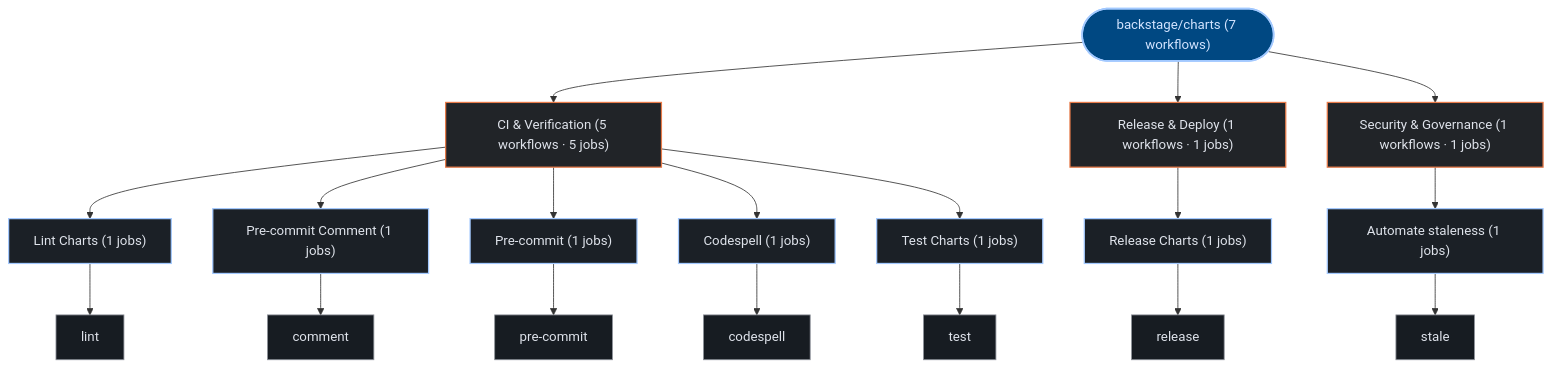
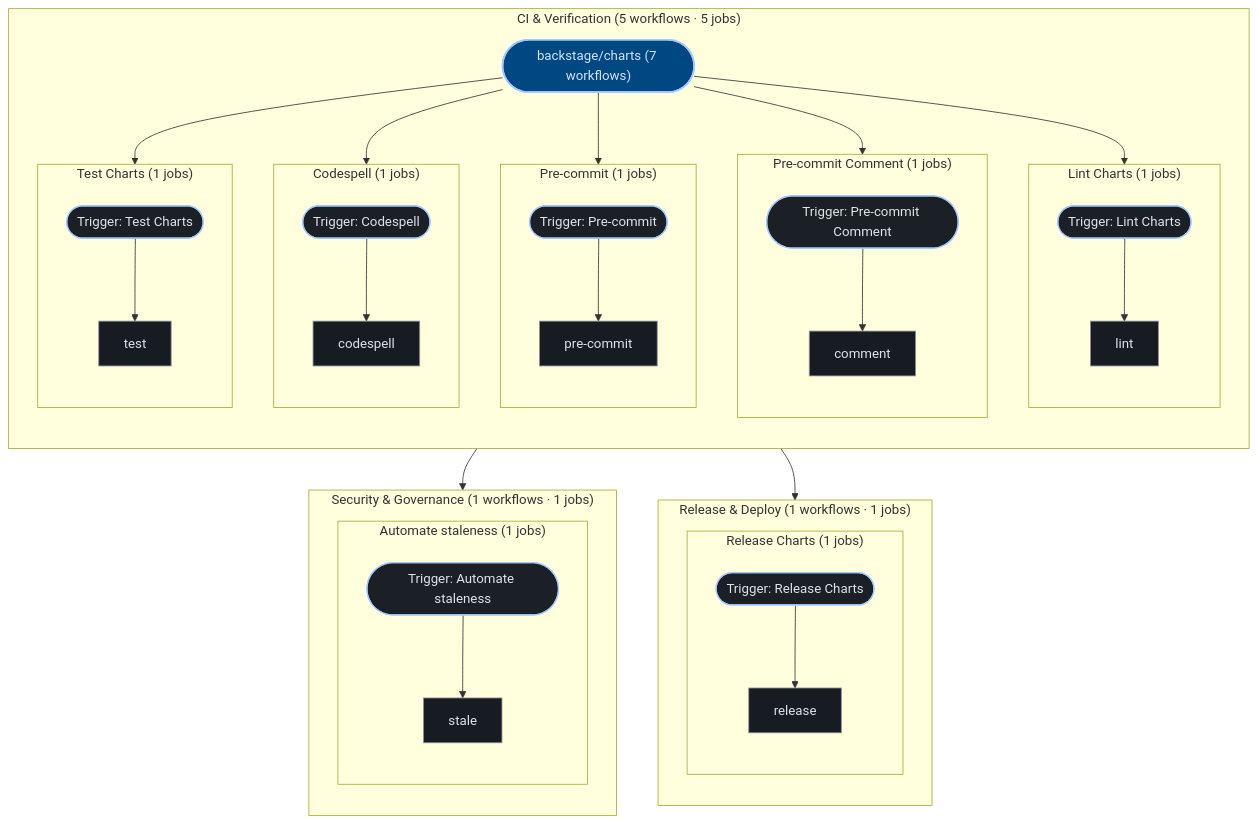
Before and after one commit to kumarshaz/atruss-code-atlas: the third of 3 diagrams in exports/latest/reports/backstage-charts-report.md, drawn with Mermaid. The commit also changed 181 other files, not shown here.

````diff
--- a/exports/latest/reports/backstage-charts-report.md
+++ b/exports/latest/reports/backstage-charts-report.md
@@ -183,45 +183,69 @@
 ```mermaid
 graph TD;
   classDef atlasRoot fill:#004882,stroke:#a3c9ff,stroke-width:2px,color:#d3e4ff
   classDef atlasCategory fill:#212428,stroke:#E87A48,stroke-width:1.5px,color:#dfe3eb
   classDef atlasWorkflow fill:#1b2026,stroke:#a3c9ff,stroke-width:1.5px,color:#dfe3eb
   classDef atlasJob fill:#171c22,stroke:#8d9199,stroke-width:1px,color:#dfe3eb
   classDef atlasTarget fill:#005227,stroke:#8bd99b,stroke-width:1.5px,color:#a7f6b6
   classDef atlasAlert fill:#93000a,stroke:#ffb4ab,stroke-width:1.5px,color:#ffdad6
   classDef atlasMore fill:#252a31,stroke:#8d9199,stroke-dasharray:4 4,color:#c3c6cf
   pipeline_root(["backstage/charts (7 workflows)"]):::atlasRoot
-  grp_0_CI___Verification["CI & Verification (5 workflows · 5 jobs)"]:::atlasCategory
-  pipeline_root --> grp_0_CI___Verification
-  wf_1_Lint_Charts["Lint Charts (1 jobs)"]:::atlasWorkflow
-  grp_0_CI___Verification --> wf_1_Lint_Charts
-  job_1_lint["lint"]:::atlasJob
-  wf_1_Lint_Charts --> job_1_lint
-  wf_2_Pre_commit_Comment["Pre-commit Comment (1 jobs)"]:::atlasWorkflow
-  grp_0_CI___Verification --> wf_2_Pre_commit_Comment
-  job_2_comment["comment"]:::atlasJob
-  wf_2_Pre_commit_Comment --> job_2_comment
-  wf_3_Pre_commit["Pre-commit (1 jobs)"]:::atlasWorkflow
-  grp_0_CI___Verification --> wf_3_Pre_commit
-  job_3_pre_commit["pre-commit"]:::atlasJob
-  wf_3_Pre_commit --> job_3_pre_commit
-  wf_5_Codespell["Codespell (1 jobs)"]:::atlasWorkflow
-  grp_0_CI___Verification --> wf_5_Codespell
-  job_5_codespell["codespell"]:::atlasJob
-  wf_5_Codespell --> job_5_codespell
-  wf_6_Test_Charts["Test Charts (1 jobs)"]:::atlasWorkflow
-  grp_0_CI___Verification --> wf_6_Test_Charts
-  job_6_test["test"]:::atlasJob
-  wf_6_Test_Charts --> job_6_test
-  grp_1_Release___Deploy["Release & Deploy (1 workflows · 1 jobs)"]:::atlasCategory
-  pipeline_root --> grp_1_Release___Deploy
-  wf_4_Release_Charts["Release Charts (1 jobs)"]:::atlasWorkflow
-  grp_1_Release___Deploy --> wf_4_Release_Charts
-  job_4_release["release"]:::atlasJob
-  wf_4_Release_Charts --> job_4_release
-  grp_2_Security___Governance["Security & Governance (1 workflows · 1 jobs)"]:::atlasCategory
-  pipeline_root --> grp_2_Security___Governance
-  wf_0_Automate_staleness["Automate staleness (1 jobs)"]:::atlasWorkflow
-  grp_2_Security___Governance --> wf_0_Automate_staleness
-  job_0_stale["stale"]:::atlasJob
-  wf_0_Automate_staleness --> job_0_stale
+  subgraph sg_grp_0_CI___Verification["CI & Verification (5 workflows · 5 jobs)"]
+    direction TB
+    subgraph sg_wf_1_Lint_Charts["Lint Charts (1 jobs)"]
+      direction TB
+      wf_1_Lint_Charts(["Trigger: Lint Charts"]):::atlasWorkflow
+      job_1_lint["lint"]:::atlasJob
+      wf_1_Lint_Charts --> job_1_lint
+    end
+    pipeline_root --> wf_1_Lint_Charts
+    subgraph sg_wf_2_Pre_commit_Comment["Pre-commit Comment (1 jobs)"]
+      direction TB
+      wf_2_Pre_commit_Comment(["Trigger: Pre-commit Comment"]):::atlasWorkflow
+      job_2_comment["comment"]:::atlasJob
+      wf_2_Pre_commit_Comment --> job_2_comment
+    end
+    pipeline_root --> wf_2_Pre_commit_Comment
+    subgraph sg_wf_3_Pre_commit["Pre-commit (1 jobs)"]
+      direction TB
+      wf_3_Pre_commit(["Trigger: Pre-commit"]):::atlasWorkflow
+      job_3_pre_commit["pre-commit"]:::atlasJob
+      wf_3_Pre_commit --> job_3_pre_commit
+    end
+    pipeline_root --> wf_3_Pre_commit
+    subgraph sg_wf_5_Codespell["Codespell (1 jobs)"]
+      direction TB
+      wf_5_Codespell(["Trigger: Codespell"]):::atlasWorkflow
+      job_5_codespell["codespell"]:::atlasJob
+      wf_5_Codespell --> job_5_codespell
+    end
+    pipeline_root --> wf_5_Codespell
+    subgraph sg_wf_6_Test_Charts["Test Charts (1 jobs)"]
+      direction TB
+      wf_6_Test_Charts(["Trigger: Test Charts"]):::atlasWorkflow
+      job_6_test["test"]:::atlasJob
+      wf_6_Test_Charts --> job_6_test
+    end
+    pipeline_root --> wf_6_Test_Charts
+  end
+  subgraph sg_grp_1_Release___Deploy["Release & Deploy (1 workflows · 1 jobs)"]
+    direction TB
+    subgraph sg_wf_4_Release_Charts["Release Charts (1 jobs)"]
+      direction TB
+      wf_4_Release_Charts(["Trigger: Release Charts"]):::atlasWorkflow
+      job_4_release["release"]:::atlasJob
+      wf_4_Release_Charts --> job_4_release
+    end
+    pipeline_root --> wf_4_Release_Charts
+  end
+  subgraph sg_grp_2_Security___Governance["Security & Governance (1 workflows · 1 jobs)"]
+    direction TB
+    subgraph sg_wf_0_Automate_staleness["Automate staleness (1 jobs)"]
+      direction TB
+      wf_0_Automate_staleness(["Trigger: Automate staleness"]):::atlasWorkflow
+      job_0_stale["stale"]:::atlasJob
+      wf_0_Automate_staleness --> job_0_stale
+    end
+    pipeline_root --> wf_0_Automate_staleness
+  end
 ```
````
